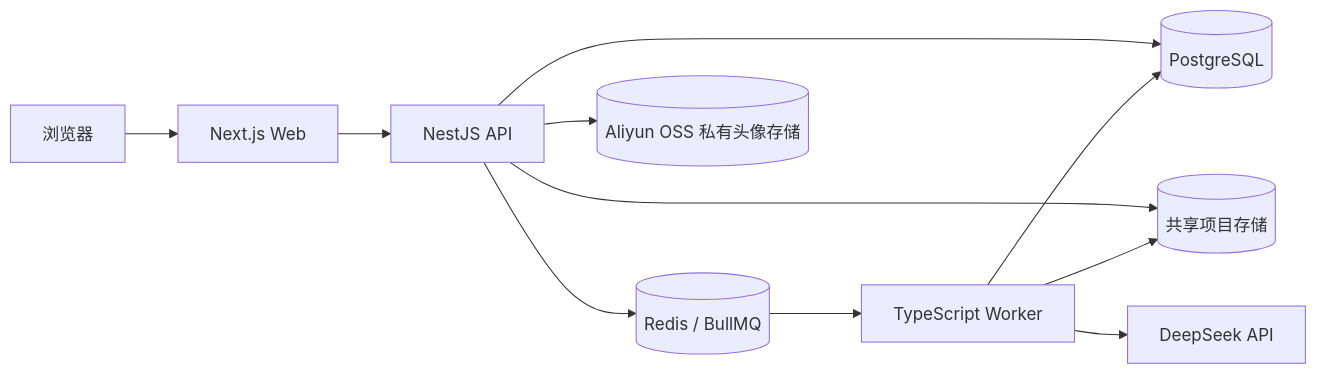
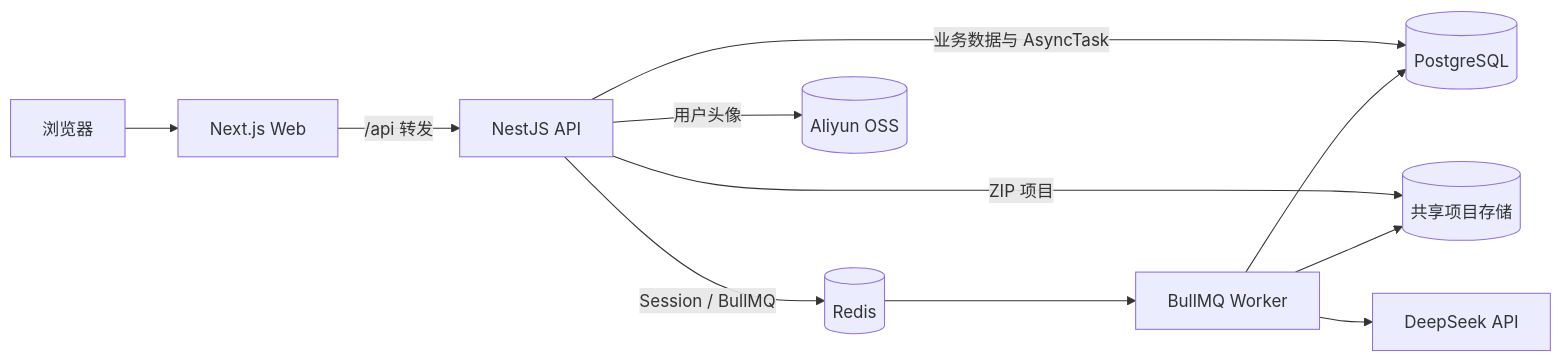
The diagram in README.md (Zzz-4390/hirescope-ai), drawn with Mermaid before and after one commit. The commit also changed other lines of this file, not shown here.

````diff
--- a/README.md
+++ b/README.md
@@ -18,13 +35,13 @@
 ```mermaid
 flowchart LR
   Browser[浏览器] --> Web[Next.js Web]
-  Web --> API[NestJS API]
-  API --> PostgreSQL[(PostgreSQL)]
-  API --> Redis[(Redis / BullMQ)]
-  API --> Storage[(共享项目存储)]
-  API --> OSS[(Aliyun OSS 私有头像存储)]
-  Redis --> Worker[TypeScript Worker]
+  Web -->|/api 转发| API[NestJS API]
+  API -->|业务数据与 AsyncTask| PostgreSQL[(PostgreSQL)]
+  API -->|Session / BullMQ| Redis[(Redis)]
+  API -->|ZIP 项目| Storage[(共享项目存储)]
+  API -->|用户头像| OSS[(Aliyun OSS)]
+  Redis --> Worker[BullMQ Worker]
   Worker --> PostgreSQL
   Worker --> Storage
   Worker --> DeepSeek[DeepSeek API]
 ```
````
